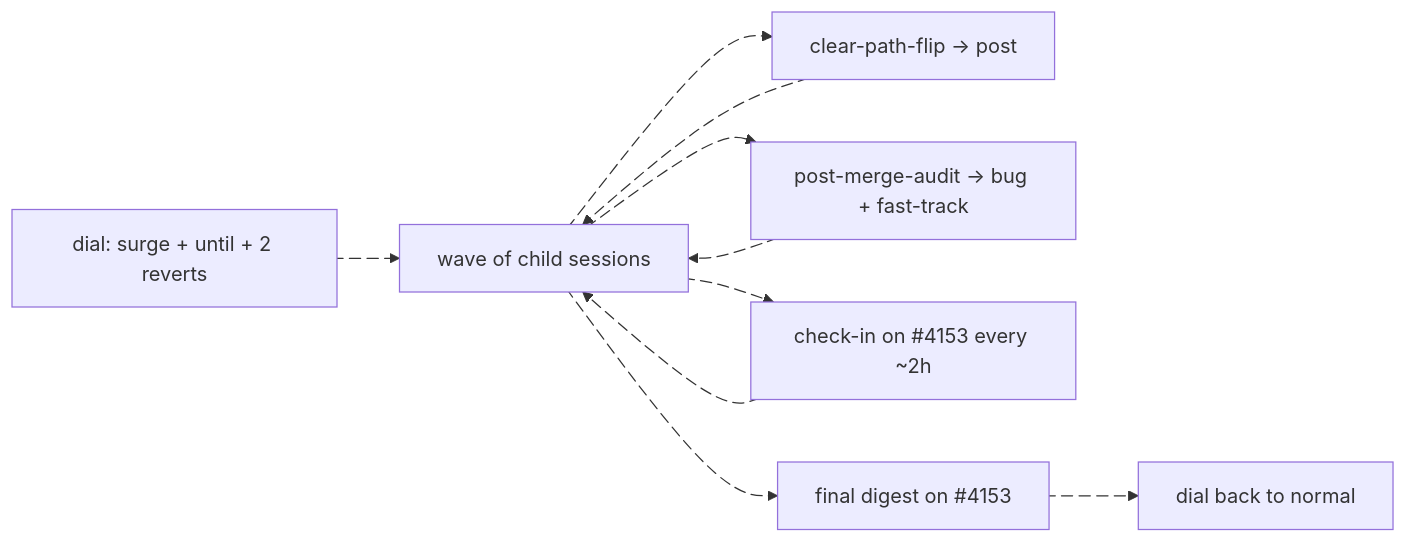
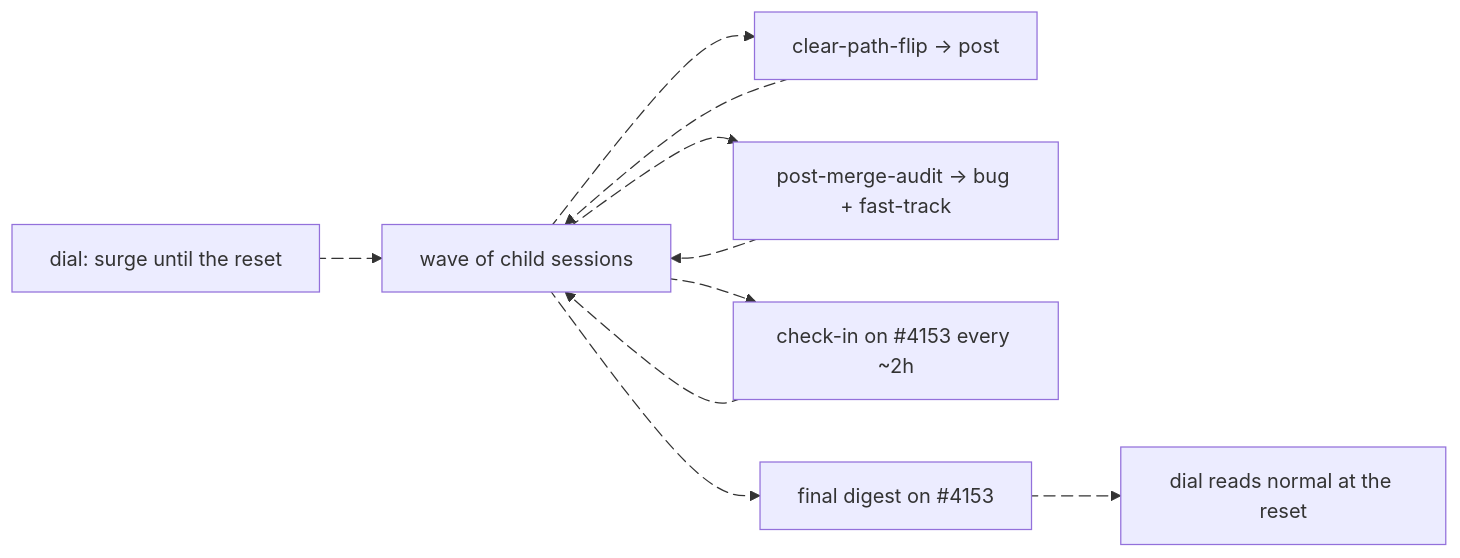
Before and after one commit to ejclark/skynet-capital: the diagram in .claude/skills/surge/SKILL.md, drawn with Mermaid. The commit also changed other lines of this file and 8 other files, not shown here.

````diff
--- a/.claude/skills/surge/SKILL.md
+++ b/.claude/skills/surge/SKILL.md
@@ -21,21 +21,21 @@
 ```mermaid
 flowchart LR
-  D[dial: surge + until + 2 reverts] e1@--> W[wave of child sessions]
+  D[dial: surge until the reset] e1@--> W[wave of child sessions]
   W e2@--> F[clear-path-flip → post]
   F e3@--> W
   W e4@--> A[post-merge-audit → bug + fast-track]
   A e5@--> W
   W e6@--> C[check-in on #4153 every ~2h]
   C e7@--> W
   W e8@--> G[final digest on #4153]
-  G e9@--> N[dial back to normal]
+  G e9@--> N[dial reads normal at the reset]
   e1@{ animate: true }
   e2@{ animate: true }
   e3@{ animate: true }
   e4@{ animate: true }
   e5@{ animate: true }
   e6@{ animate: true }
   e7@{ animate: true }
   e8@{ animate: true }
   e9@{ animate: true }
 ```
````
